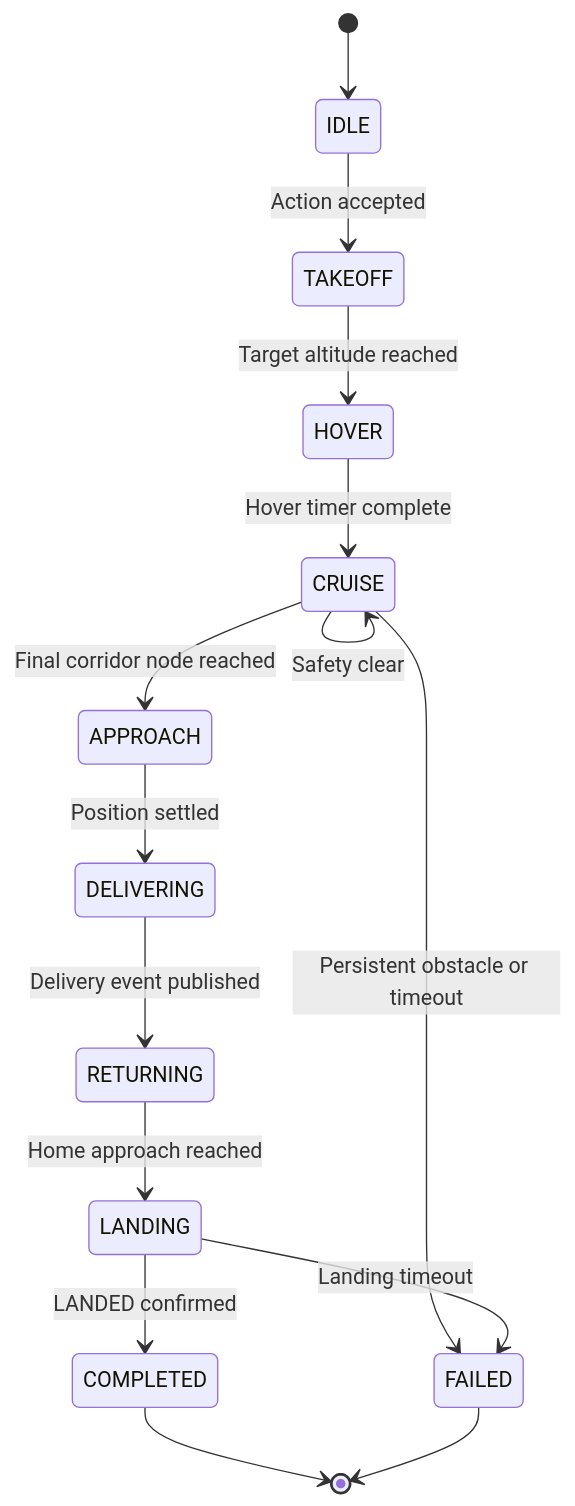
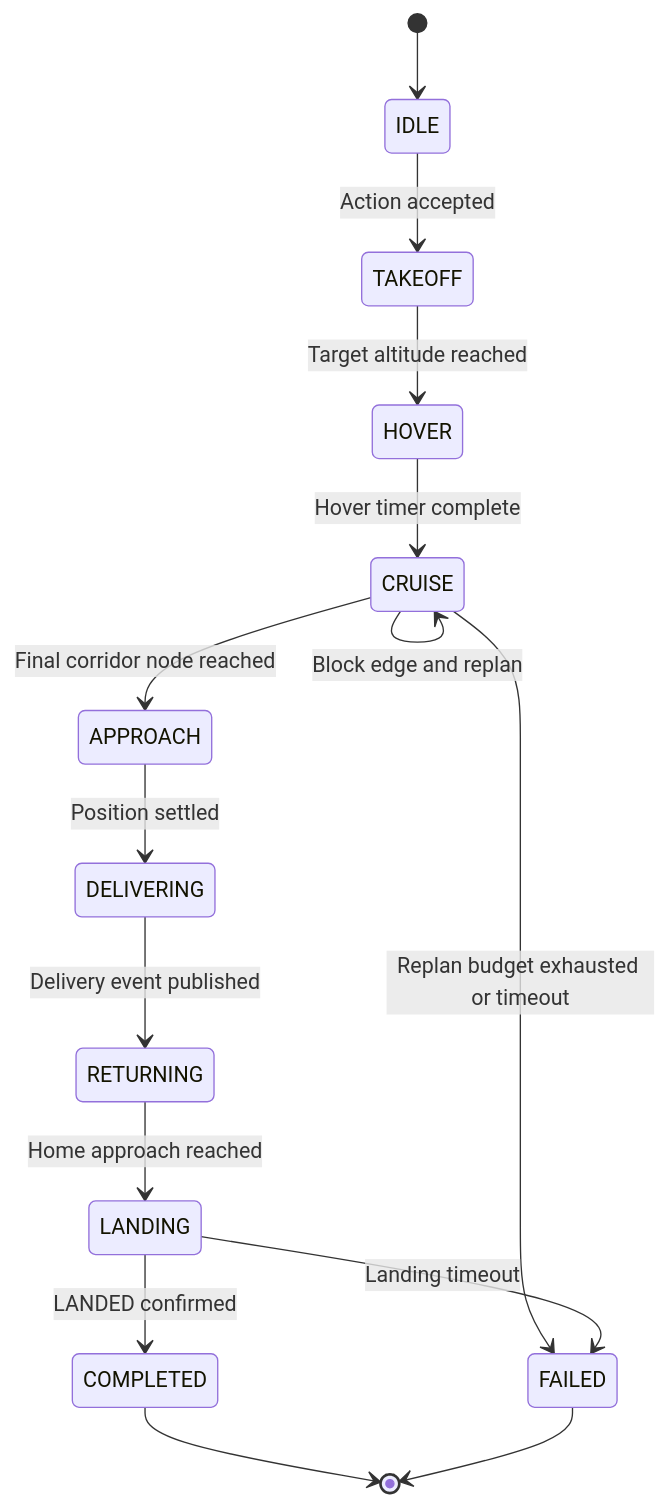
The third of 5 diagrams in wqi_final/docs/system_architecture.md (liyongqihhh/wqi_final), drawn with Mermaid before and after one commit. The commit also changed other lines of this file and 133 other files, not shown here.

````diff
--- a/wqi_final/docs/system_architecture.md
+++ b/wqi_final/docs/system_architecture.md
@@ -85,17 +126,18 @@
 ```mermaid
 stateDiagram-v2
     [*] --> IDLE
     IDLE --> TAKEOFF: Action accepted
     TAKEOFF --> HOVER: Target altitude reached
     HOVER --> CRUISE: Hover timer complete
     CRUISE --> APPROACH: Final corridor node reached
     APPROACH --> DELIVERING: Position settled
     DELIVERING --> RETURNING: Delivery event published
     RETURNING --> LANDING: Home approach reached
     LANDING --> COMPLETED: LANDED confirmed
     CRUISE --> CRUISE: Safety clear
-    CRUISE --> FAILED: Persistent obstacle or timeout
+    CRUISE --> CRUISE: Block edge and replan
+    CRUISE --> FAILED: Replan budget exhausted or timeout
     LANDING --> FAILED: Landing timeout
     COMPLETED --> [*]
     FAILED --> [*]
 ```
````
